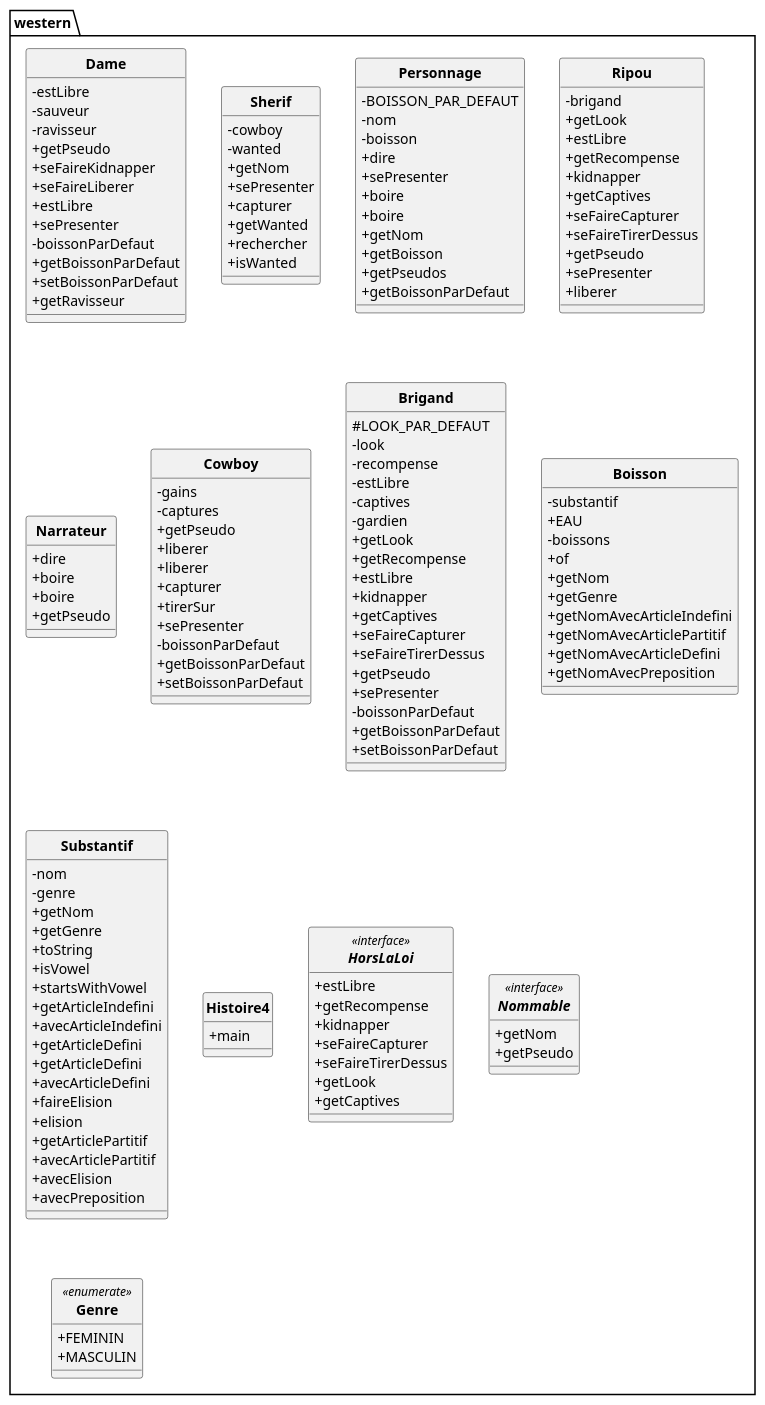
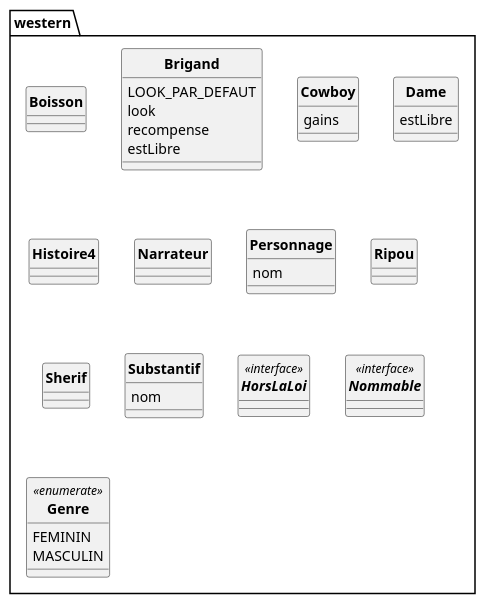
Before and after one commit to raphelSct/PUMLFromJavaAPI: the diagram in uml/western.puml, drawn with PlantUML. The commit also changed 6 other files, not shown here.

```diff
--- a/uml/western.puml
+++ b/uml/western.puml
@@ -1,161 +1,56 @@
 @startuml
 skinparam style strictuml
 skinparam classFontStyle Bold
 skinparam classAttributeIconSize 0
 package western{
+class Boisson {
+}
+
+class Brigand {
+LOOK_PAR_DEFAUT
+look
+recompense
+estLibre
+}
+
+class Cowboy {
+gains
+}
+
 class Dame {
-  - estLibre
-  - sauveur
-  - ravisseur
-  + getPseudo
-  + seFaireKidnapper
-  + seFaireLiberer
-  + estLibre
-  + sePresenter
-  - boissonParDefaut
-  + getBoissonParDefaut
-  + setBoissonParDefaut
-  + getRavisseur
+estLibre
+}
+
+class Histoire4 {
+}
+
+class Narrateur {
+}
+
+class Personnage {
+nom
+}
+
+class Ripou {
 }
 
 class Sherif {
-  - cowboy
-  - wanted
-  + getNom
-  + sePresenter
-  + capturer
-  + getWanted
-  + rechercher
-  + isWanted
-}
-
-class Personnage {
-  - BOISSON_PAR_DEFAUT
-  - nom
-  - boisson
-  + dire
-  + sePresenter
-  + boire
-  + boire
-  + getNom
-  + getBoisson
-  + getPseudos
-  + getBoissonParDefaut
-}
-
-class Ripou {
-  - brigand
-  + getLook
-  + estLibre
-  + getRecompense
-  + kidnapper
-  + getCaptives
-  + seFaireCapturer
-  + seFaireTirerDessus
-  + getPseudo
-  + sePresenter
-  + liberer
-}
-
-class Narrateur {
-  + dire
-  + boire
-  + boire
-  + getPseudo
-}
-
-class Cowboy {
-  - gains
-  - captures
-  + getPseudo
-  + liberer
-  + liberer
-  + capturer
-  + tirerSur
-  + sePresenter
-  - boissonParDefaut
-  + getBoissonParDefaut
-  + setBoissonParDefaut
-}
-
-class Brigand {
-  # LOOK_PAR_DEFAUT
-  - look
-  - recompense
-  - estLibre
-  - captives
-  - gardien
-  + getLook
-  + getRecompense
-  + estLibre
-  + kidnapper
-  + getCaptives
-  + seFaireCapturer
-  + seFaireTirerDessus
-  + getPseudo
-  + sePresenter
-  - boissonParDefaut
-  + getBoissonParDefaut
-  + setBoissonParDefaut
-}
-
-class Boisson {
-  - substantif
-  + EAU
-  - boissons
-  + of
-  + getNom
-  + getGenre
-  + getNomAvecArticleIndefini
-  + getNomAvecArticlePartitif
-  + getNomAvecArticleDefini
-  + getNomAvecPreposition
 }
 
 class Substantif {
-  - nom
-  - genre
-  + getNom
-  + getGenre
-  + toString
-  + isVowel
-  + startsWithVowel
-  + getArticleIndefini
-  + avecArticleIndefini
-  + getArticleDefini
-  + getArticleDefini
-  + avecArticleDefini
-  + faireElision
-  + elision
-  + getArticlePartitif
-  + avecArticlePartitif
-  + avecElision
-  + avecPreposition
-}
-
-class Histoire4 {
-  + main
+nom
 }
 
 interface HorsLaLoi <<interface>> {
-  + estLibre
-  + getRecompense
-  + kidnapper
-  + seFaireCapturer
-  + seFaireTirerDessus
-  + getLook
-  + getCaptives
 }
 
 interface Nommable <<interface>> {
-  + getNom
-  + getPseudo
 }
 
 enum Genre <<enumerate>> {
-  + FEMININ
-  + MASCULIN
+FEMININ
+MASCULIN
 }
 
 }
 @enduml
```
